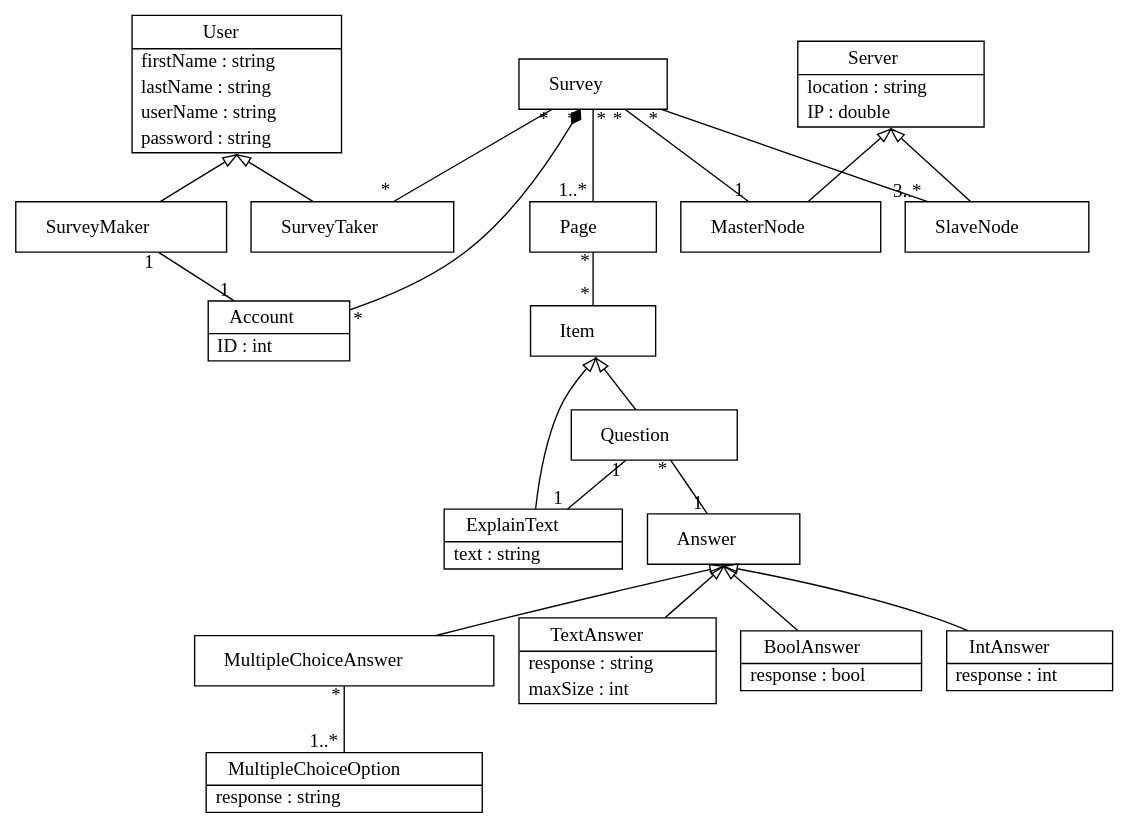
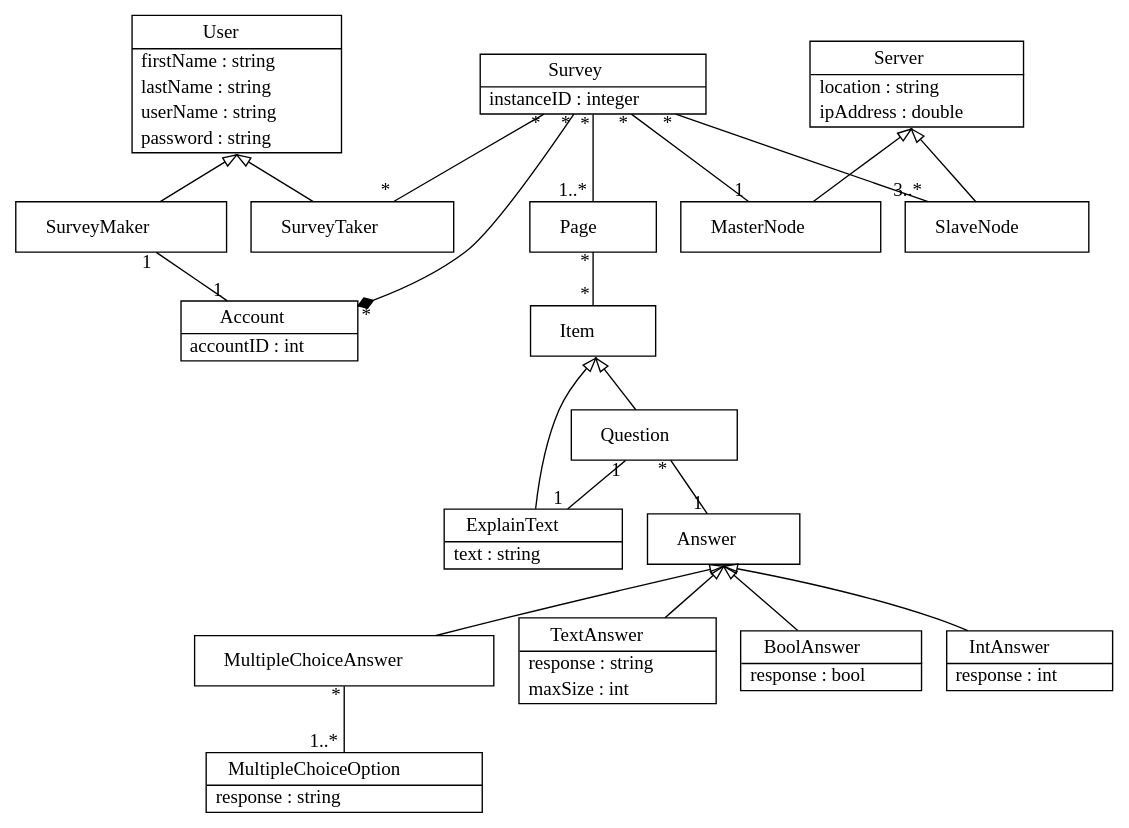
One commit to fletchto99/SEG2105 changed the diagram in Assignments/Assignment 4/Survey_Class_Diagramcd.gv. Above: the diagram before and after it, drawn with Graphviz. The commit also changed 3 other files, not shown here.

```diff
--- a/Assignments/Assignment 4/Survey_Class_Diagramcd.gv
+++ b/Assignments/Assignment 4/Survey_Class_Diagramcd.gv
@@ -1,129 +1,129 @@
 // Code generated by Umple 1.22.0.5146
 
 digraph "Survey_Class_Diagram" {
   size="80,10"
   rankdir="BT"
   node [shape=record margin=0; href="javascript:Action.selectClass(&quot;\N&quot;);"];
 
   // Class: User
   "User" [shape=plaintext margin=0 label=<<table border="1" cellspacing="0" cellborder="0" cellpadding="2"><tr><td cellpadding="4">    User    </td></tr><hr/><tr><td align="left" href="" title="string firstName&#13;">  firstName : string  </td></tr><tr><td align="left" href="" title="string lastName&#13;">  lastName : string  </td></tr><tr><td align="left" href="" title="string userName&#13;">  userName : string  </td></tr><tr><td align="left" href="" title="string password&#13;">  password : string  </td></tr></table>>,
    tooltip="class User
 "];
 
   // Class: SurveyMaker
   "SurveyMaker" [shape=plaintext margin=0 label=<<table border="1" cellspacing="0" cellborder="0" cellpadding="10"><tr><td>    SurveyMaker    </td></tr></table>>,
    tooltip="class SurveyMaker
 "];
   "SurveyMaker" -> "User" [arrowhead="empty"; samehead="gen"];
 
 
   // Class: SurveyTaker
   "SurveyTaker" [shape=plaintext margin=0 label=<<table border="1" cellspacing="0" cellborder="0" cellpadding="10"><tr><td>    SurveyTaker    </td></tr></table>>,
    tooltip="class SurveyTaker
 "];
   "SurveyTaker" -> "User" [arrowhead="empty"; samehead="gen"];
 
 
   // Class: Account
-  "Account" [shape=plaintext margin=0 label=<<table border="1" cellspacing="0" cellborder="0" cellpadding="2"><tr><td cellpadding="4">    Account    </td></tr><hr/><tr><td align="left" href="" title="int ID&#13;">  ID : int  </td></tr></table>>,
+  "Account" [shape=plaintext margin=0 label=<<table border="1" cellspacing="0" cellborder="0" cellpadding="2"><tr><td cellpadding="4">    Account    </td></tr><hr/><tr><td align="left" href="" title="int accountID&#13;">  accountID : int  </td></tr></table>>,
    tooltip="class Account
 "];
 
   // Class: Survey
-  "Survey" [shape=plaintext margin=0 label=<<table border="1" cellspacing="0" cellborder="0" cellpadding="10"><tr><td>    Survey    </td></tr></table>>,
+  "Survey" [shape=plaintext margin=0 label=<<table border="1" cellspacing="0" cellborder="0" cellpadding="2"><tr><td cellpadding="4">    Survey    </td></tr><hr/><tr><td align="left" href="" title="integer instanceID&#13;">  instanceID : integer  </td></tr></table>>,
    tooltip="class Survey
 "];
 
   // Class: Item
   "Item" [shape=plaintext margin=0 label=<<table border="1" cellspacing="0" cellborder="0" cellpadding="10"><tr><td>    Item    </td></tr></table>>,
    tooltip="class Item
 "];
 
   // Class: Page
   "Page" [shape=plaintext margin=0 label=<<table border="1" cellspacing="0" cellborder="0" cellpadding="10"><tr><td>    Page    </td></tr></table>>,
    tooltip="class Page
 "];
 
   // Class: ExplainText
   "ExplainText" [shape=plaintext margin=0 label=<<table border="1" cellspacing="0" cellborder="0" cellpadding="2"><tr><td cellpadding="4">    ExplainText    </td></tr><hr/><tr><td align="left" href="" title="string text&#13;">  text : string  </td></tr></table>>,
    tooltip="class ExplainText
 "];
   "ExplainText" -> "Item" [arrowhead="empty"; samehead="gen"];
 
 
   // Class: Answer
   "Answer" [shape=plaintext margin=0 label=<<table border="1" cellspacing="0" cellborder="0" cellpadding="10"><tr><td>    Answer    </td></tr></table>>,
    tooltip="class Answer
 "];
 
   // Class: MultipleChoiceAnswer
   "MultipleChoiceAnswer" [shape=plaintext margin=0 label=<<table border="1" cellspacing="0" cellborder="0" cellpadding="10"><tr><td>    MultipleChoiceAnswer    </td></tr></table>>,
    tooltip="class MultipleChoiceAnswer
 "];
   "MultipleChoiceAnswer" -> "Answer" [arrowhead="empty"; samehead="gen"];
 
 
   // Class: MultipleChoiceOption
   "MultipleChoiceOption" [shape=plaintext margin=0 label=<<table border="1" cellspacing="0" cellborder="0" cellpadding="2"><tr><td cellpadding="4">    MultipleChoiceOption    </td></tr><hr/><tr><td align="left" href="" title="string response&#13;">  response : string  </td></tr></table>>,
    tooltip="class MultipleChoiceOption
 "];
 
   // Class: TextAnswer
   "TextAnswer" [shape=plaintext margin=0 label=<<table border="1" cellspacing="0" cellborder="0" cellpadding="2"><tr><td cellpadding="4">    TextAnswer    </td></tr><hr/><tr><td align="left" href="" title="string response&#13;">  response : string  </td></tr><tr><td align="left" href="" title="int maxSize&#13;">  maxSize : int  </td></tr></table>>,
    tooltip="class TextAnswer
 "];
   "TextAnswer" -> "Answer" [arrowhead="empty"; samehead="gen"];
 
 
   // Class: Question
   "Question" [shape=plaintext margin=0 label=<<table border="1" cellspacing="0" cellborder="0" cellpadding="10"><tr><td>    Question    </td></tr></table>>,
    tooltip="class Question
 "];
   "Question" -> "Item" [arrowhead="empty"; samehead="gen"];
 
 
   // Class: BoolAnswer
   "BoolAnswer" [shape=plaintext margin=0 label=<<table border="1" cellspacing="0" cellborder="0" cellpadding="2"><tr><td cellpadding="4">    BoolAnswer    </td></tr><hr/><tr><td align="left" href="" title="bool response&#13;">  response : bool  </td></tr></table>>,
    tooltip="class BoolAnswer
 "];
   "BoolAnswer" -> "Answer" [arrowhead="empty"; samehead="gen"];
 
 
   // Class: IntAnswer
   "IntAnswer" [shape=plaintext margin=0 label=<<table border="1" cellspacing="0" cellborder="0" cellpadding="2"><tr><td cellpadding="4">    IntAnswer    </td></tr><hr/><tr><td align="left" href="" title="int response&#13;">  response : int  </td></tr></table>>,
    tooltip="class IntAnswer
 "];
   "IntAnswer" -> "Answer" [arrowhead="empty"; samehead="gen"];
 
 
   // Class: Server
-  "Server" [shape=plaintext margin=0 label=<<table border="1" cellspacing="0" cellborder="0" cellpadding="2"><tr><td cellpadding="4">    Server    </td></tr><hr/><tr><td align="left" href="" title="string location&#13;">  location : string  </td></tr><tr><td align="left" href="" title="double IP&#13;">  IP : double  </td></tr></table>>,
+  "Server" [shape=plaintext margin=0 label=<<table border="1" cellspacing="0" cellborder="0" cellpadding="2"><tr><td cellpadding="4">    Server    </td></tr><hr/><tr><td align="left" href="" title="string location&#13;">  location : string  </td></tr><tr><td align="left" href="" title="double ipAddress&#13;">  ipAddress : double  </td></tr></table>>,
    tooltip="class Server
 "];
 
   // Class: MasterNode
   "MasterNode" [shape=plaintext margin=0 label=<<table border="1" cellspacing="0" cellborder="0" cellpadding="10"><tr><td>    MasterNode    </td></tr></table>>,
    tooltip="class MasterNode
 "];
   "MasterNode" -> "Server" [arrowhead="empty"; samehead="gen"];
 
 
   // Class: SlaveNode
   "SlaveNode" [shape=plaintext margin=0 label=<<table border="1" cellspacing="0" cellborder="0" cellpadding="10"><tr><td>    SlaveNode    </td></tr></table>>,
    tooltip="class SlaveNode
 "];
   "SlaveNode" -> "Server" [arrowhead="empty"; samehead="gen"];
 
 
   // All associations
   "SurveyTaker" -> "Survey" [dir="none", taillabel="* ", headlabel="* ", tooltip="SurveyTaker *  -- *  Survey"];
   "Account" -> "SurveyMaker" [dir="none", taillabel="1 ", headlabel="1 ", tooltip="Account 1  -- 1  SurveyMaker"];
-  "Account" -> "Survey" [dir="forward", arrowhead="diamond", taillabel="* ", headlabel="* ", tooltip="Account *  -<@> *  Survey"];
+  "Account" -> "Survey" [dir="back", arrowtail="diamond", taillabel="* ", headlabel="* ", tooltip="Account *  <@>- *  Survey"];
   "Item" -> "Page" [dir="none", taillabel="* ", headlabel="* ", tooltip="Item *  -- *  Page"];
   "Page" -> "Survey" [dir="none", taillabel="1..* ", headlabel="* ", tooltip="Page 1..*  -- *  Survey"];
   "ExplainText" -> "Question" [dir="none", taillabel="1 ", headlabel="1 ", tooltip="ExplainText 1  -- 1  Question"];
   "Answer" -> "Question" [dir="none", taillabel="1 ", headlabel="* ", tooltip="Answer 1  -- *  Question"];
   "MultipleChoiceOption" -> "MultipleChoiceAnswer" [dir="none", taillabel="1..* ", headlabel="* ", tooltip="MultipleChoiceOption 1..*  -- *  MultipleChoiceAnswer"];
   "MasterNode" -> "Survey" [dir="none", taillabel="1 ", headlabel="* ", tooltip="MasterNode 1  -- *  Survey"];
   "SlaveNode" -> "Survey" [dir="none", taillabel="3..* ", headlabel="* ", tooltip="SlaveNode 3..*  -- *  Survey"];
 }
```
